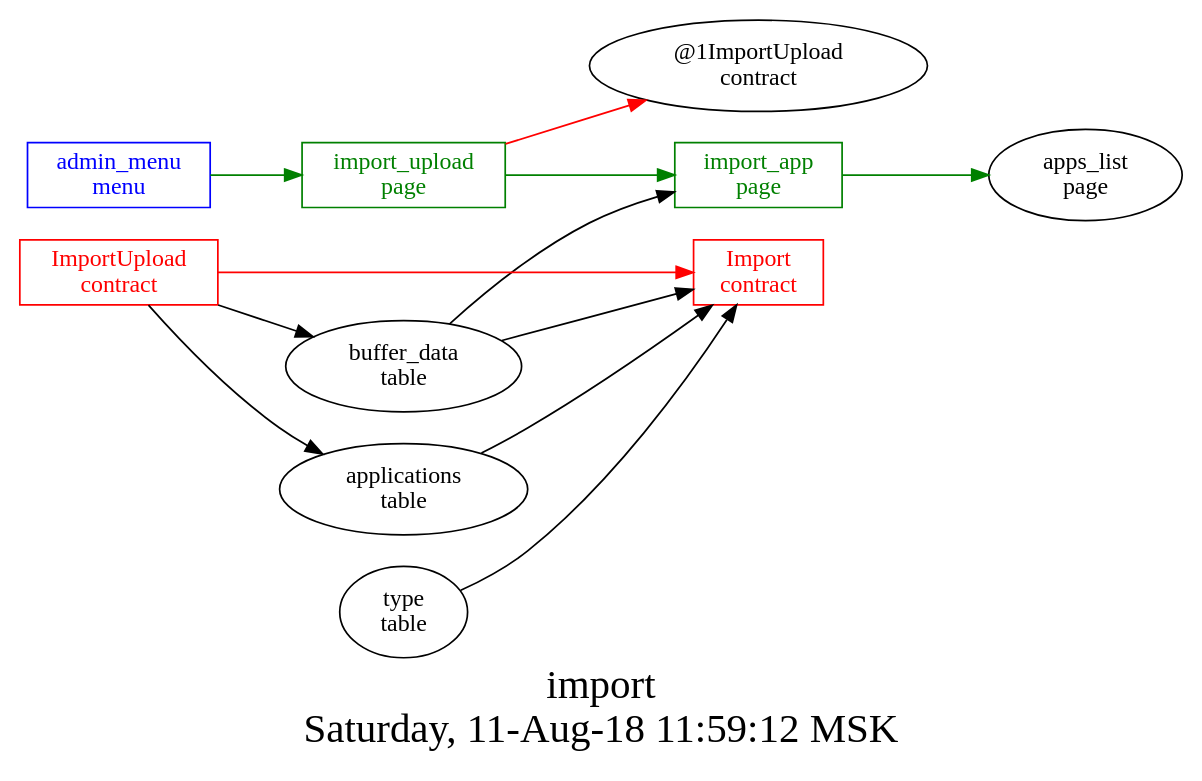
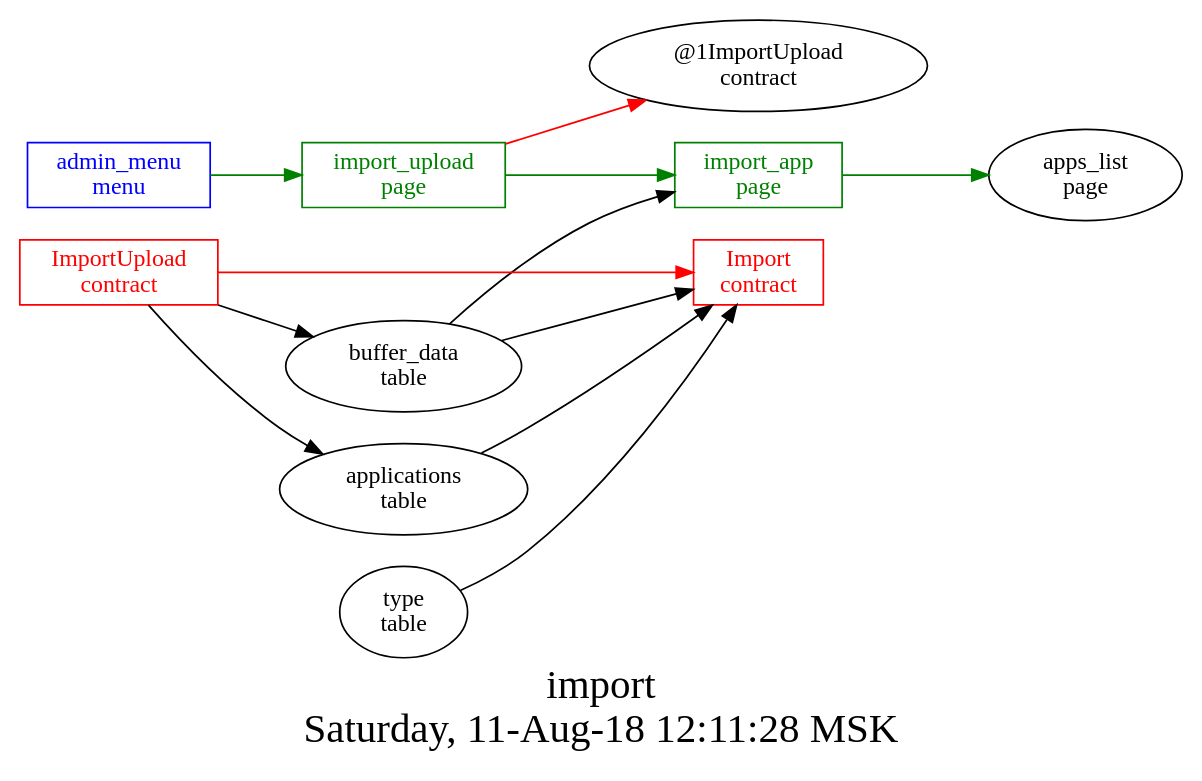
One commit to AplaProject/apps changed the diagram in src/import/struct.dot. Above: the diagram before and after it, drawn with Graphviz. The commit also changed 3 other files, not shown here.

```diff
--- a/src/import/struct.dot
+++ b/src/import/struct.dot
@@ -1,26 +1,26 @@
 digraph G {
 graph [
   fontsize="24";
-  label="import\nSaturday, 11-Aug-18 11:59:12 MSK";
+  label="import\nSaturday, 11-Aug-18 12:11:28 MSK";
   nojustify=true;
   ordering=out;
   rankdir=LR;
   size="30";
 ];
 "admin_menu\nmenu" -> "import_upload\npage"  [ color=green ]
 "admin_menu\nmenu" [color=blue, fontcolor=blue, group=menus, shape=record];
 "buffer_data\ntable" -> "import_app\npage"
 "import_app\npage" -> "apps_list\npage"  [ color=green ]
 "import_app\npage" [color=green, fontcolor=green, group=pages, shape=record];
 "import_upload\npage" -> "@1ImportUpload\ncontract"  [ color=red ]
 "import_upload\npage" -> "import_app\npage"  [ color=green ]
 "import_upload\npage" [color=green, fontcolor=green, group=pages, shape=record];
 "buffer_data\ntable" -> "Import\ncontract"
 "applications\ntable" -> "Import\ncontract"
 "type\ntable" -> "Import\ncontract"
 "Import\ncontract" [color=red, fontcolor=red, group=contracts, shape=record];
 "ImportUpload\ncontract" -> "Import\ncontract"  [ color=red ]
 "ImportUpload\ncontract" -> "buffer_data\ntable"  [ color="" ]
 "ImportUpload\ncontract" -> "applications\ntable"  [ color="" ]
 "ImportUpload\ncontract" [color=red, fontcolor=red, group=contracts, shape=record];
 }
```
